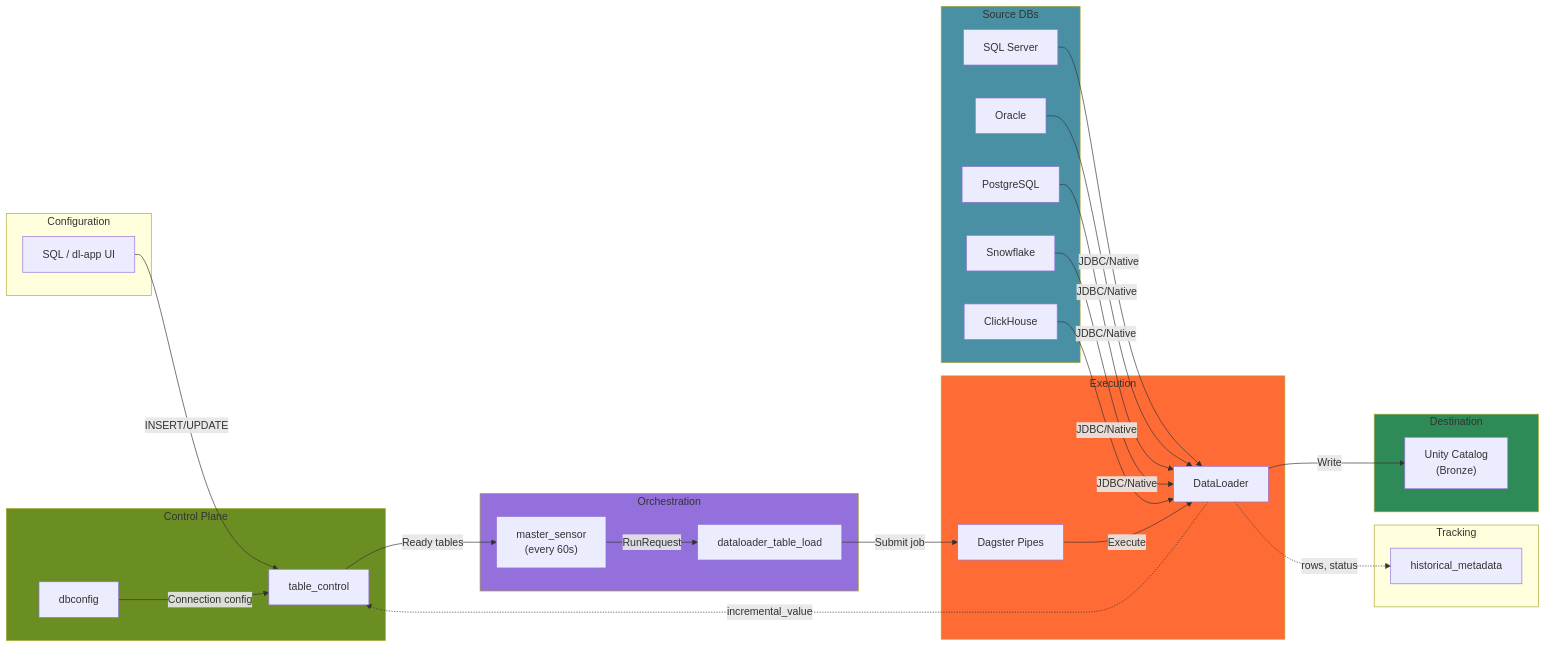
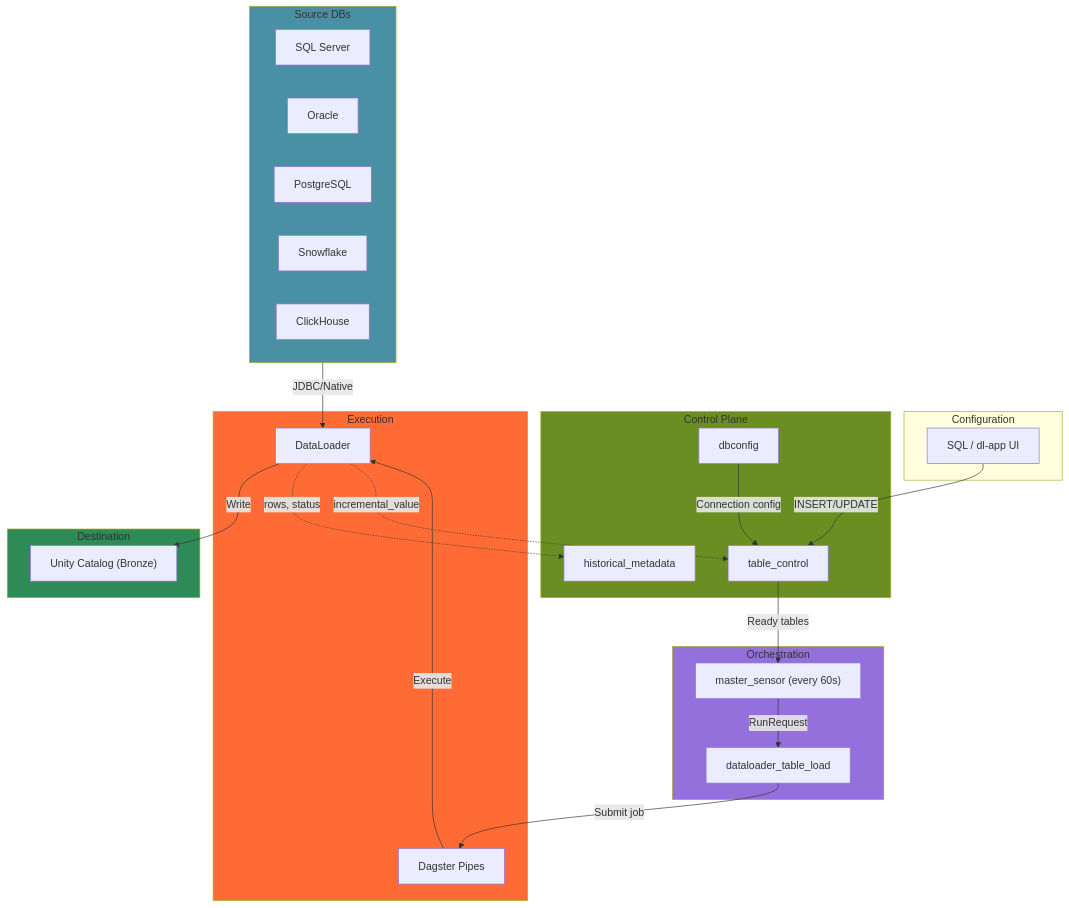
The third of 7 diagrams in diagrams/02-architecture.md (DakotaDataEng/dataloader-docs), drawn with Mermaid before and after one commit.

Commit message:
Restructure data flow diagram to prevent overlap

````diff
--- a/diagrams/02-architecture.md
+++ b/diagrams/02-architecture.md
@@ -101,57 +101,52 @@
 ```mermaid
-flowchart LR
+flowchart TB
     subgraph Config["Configuration"]
         SQL["SQL / dl-app UI"]
     end
 
     subgraph Control["Control Plane"]
+        TCDB["dbconfig"]
         TC["table_control"]
-        TCDB["dbconfig"]
+        HM["historical_metadata"]
+        TCDB -->|Connection config| TC
     end
 
     subgraph Orchestration["Orchestration"]
-        Sensor["master_sensor<br/>(every 60s)"]
+        Sensor["master_sensor (every 60s)"]
         Asset["dataloader_table_load"]
+        Sensor -->|RunRequest| Asset
     end
 
     subgraph Execution["Execution"]
         Pipes["Dagster Pipes"]
         DL["DataLoader"]
+        Pipes -->|Execute| DL
     end
 
     subgraph Sources["Source DBs"]
+        direction LR
         MSSQL["SQL Server"]
         Oracle["Oracle"]
         PG["PostgreSQL"]
         SF["Snowflake"]
         CH["ClickHouse"]
     end
 
     subgraph Destination["Destination"]
-        UC["Unity Catalog<br/>(Bronze)"]
-    end
-
-    subgraph Tracking["Tracking"]
-        HM["historical_metadata"]
+        UC["Unity Catalog (Bronze)"]
     end
 
     SQL -->|INSERT/UPDATE| TC
-    TCDB -->|Connection config| TC
-
     TC -->|Ready tables| Sensor
-    Sensor -->|RunRequest| Asset
     Asset -->|Submit job| Pipes
-    Pipes -->|Execute| DL
-
-    MSSQL & Oracle & PG & SF & CH -->|JDBC/Native| DL
+    Sources -->|JDBC/Native| DL
     DL -->|Write| UC
-
     DL -.->|rows, status| HM
     DL -.->|incremental_value| TC
 
     style Sources fill:#4A90A4
     style Destination fill:#2E8B57
     style Control fill:#6B8E23
     style Orchestration fill:#9370DB
     style Execution fill:#FF6B35
 ```
````
